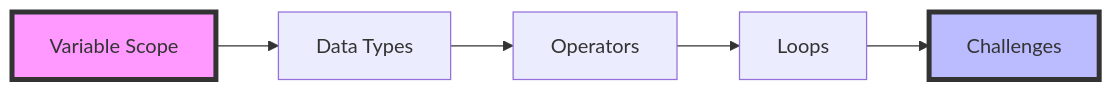
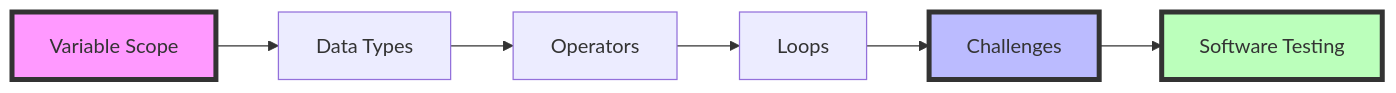
One commit to NickiMash17/CSharpLearning-Journey changed the first of 4 diagrams in README.md. Above: the diagram before and after it, drawn with Mermaid. The commit also changed other lines of this file and 12 other files, not shown here.

First line of the commit message:
Add SectionE Software Testing structure and Smart Home OOP practical

````diff
--- a/README.md
+++ b/README.md
@@ -29,9 +29,11 @@
 ```mermaid
 graph LR
     A[Variable Scope] --> B[Data Types]
     B --> C[Operators]
     C --> D[Loops]
     D --> E[Challenges]
+    E --> F[Software Testing]
     style A fill:#f9f,stroke:#333,stroke-width:4px
     style E fill:#bbf,stroke:#333,stroke-width:4px
+    style F fill:#bfb,stroke:#333,stroke-width:4px
 ```
````
